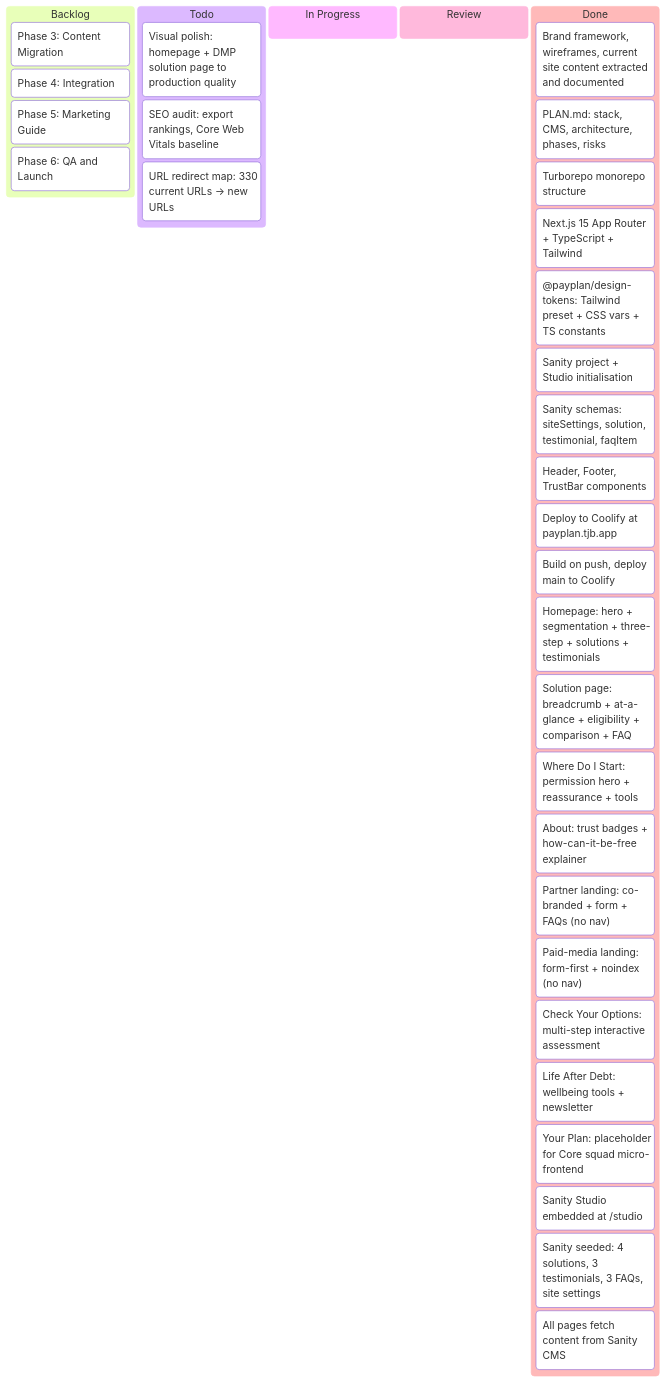
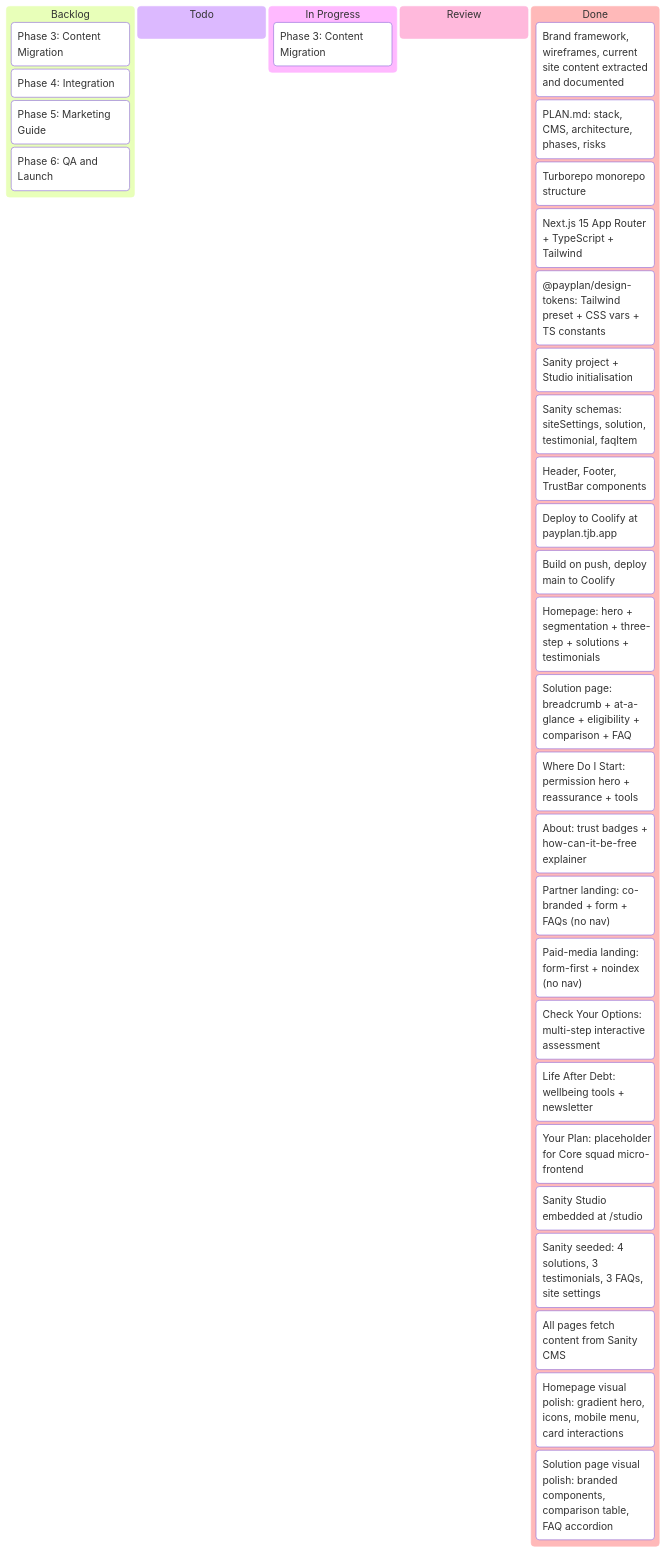
Before and after one commit to timothybroome/payplan-website: the diagram in KANBAN.md, drawn with Mermaid. The commit also changed other lines of this file and 12 other files, not shown here.

First line of the commit message:
Phase 3: URL redirects, article/blog schemas, sitemap, robots, structured data

````diff
--- a/KANBAN.md
+++ b/KANBAN.md
@@ -3,40 +3,40 @@
 ```mermaid
 ---
 title: payplan-website
 ---
 kanban
   Backlog
     Phase 3 Content["Phase 3: Content Migration"]
     Phase 4 Integration["Phase 4: Integration"]
     Phase 5 Guide["Phase 5: Marketing Guide"]
     Phase 6 Launch["Phase 6: QA and Launch"]
   Todo
-    Visual polish["Visual polish: homepage + DMP solution page to production quality"]
-    SEO audit["SEO audit: export rankings, Core Web Vitals baseline"]
-    URL redirect map["URL redirect map: 330 current URLs → new URLs"]
   In Progress
+    Phase 3 Content["Phase 3: Content Migration"]
   Review
   Done
     Source materials["Brand framework, wireframes, current site content extracted and documented"]
     Technical plan["PLAN.md: stack, CMS, architecture, phases, risks"]
     Monorepo setup["Turborepo monorepo structure"]
     Next.js scaffold["Next.js 15 App Router + TypeScript + Tailwind"]
     Design tokens package["@payplan/design-tokens: Tailwind preset + CSS vars + TS constants"]
     Sanity project setup["Sanity project + Studio initialisation"]
     Core schemas["Sanity schemas: siteSettings, solution, testimonial, faqItem"]
     Layout components["Header, Footer, TrustBar components"]
     Coolify deploy["Deploy to Coolify at payplan.tjb.app"]
     CI pipeline["Build on push, deploy main to Coolify"]
     Homepage["Homepage: hero + segmentation + three-step + solutions + testimonials"]
     Solution page["Solution page: breadcrumb + at-a-glance + eligibility + comparison + FAQ"]
     Where Do I Start["Where Do I Start: permission hero + reassurance + tools"]
     About page["About: trust badges + how-can-it-be-free explainer"]
     Partner landing["Partner landing: co-branded + form + FAQs (no nav)"]
     Paid-media landing["Paid-media landing: form-first + noindex (no nav)"]
     Self-serve assessment["Check Your Options: multi-step interactive assessment"]
     Life After Debt["Life After Debt: wellbeing tools + newsletter"]
     Your Plan placeholder["Your Plan: placeholder for Core squad micro-frontend"]
     Sanity Studio route["Sanity Studio embedded at /studio"]
     Content seed["Sanity seeded: 4 solutions, 3 testimonials, 3 FAQs, site settings"]
     CMS wiring["All pages fetch content from Sanity CMS"]
+    Visual polish hp["Homepage visual polish: gradient hero, icons, mobile menu, card interactions"]
+    Visual polish sol["Solution page visual polish: branded components, comparison table, FAQ accordion"]
 ```
````
